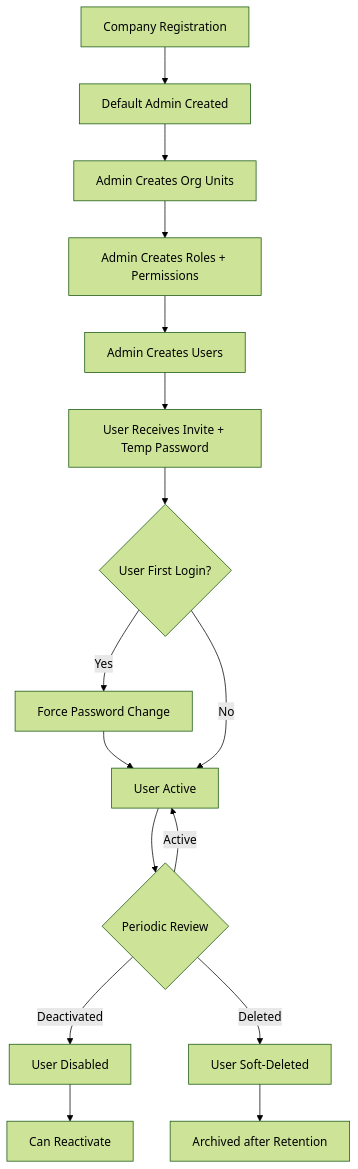
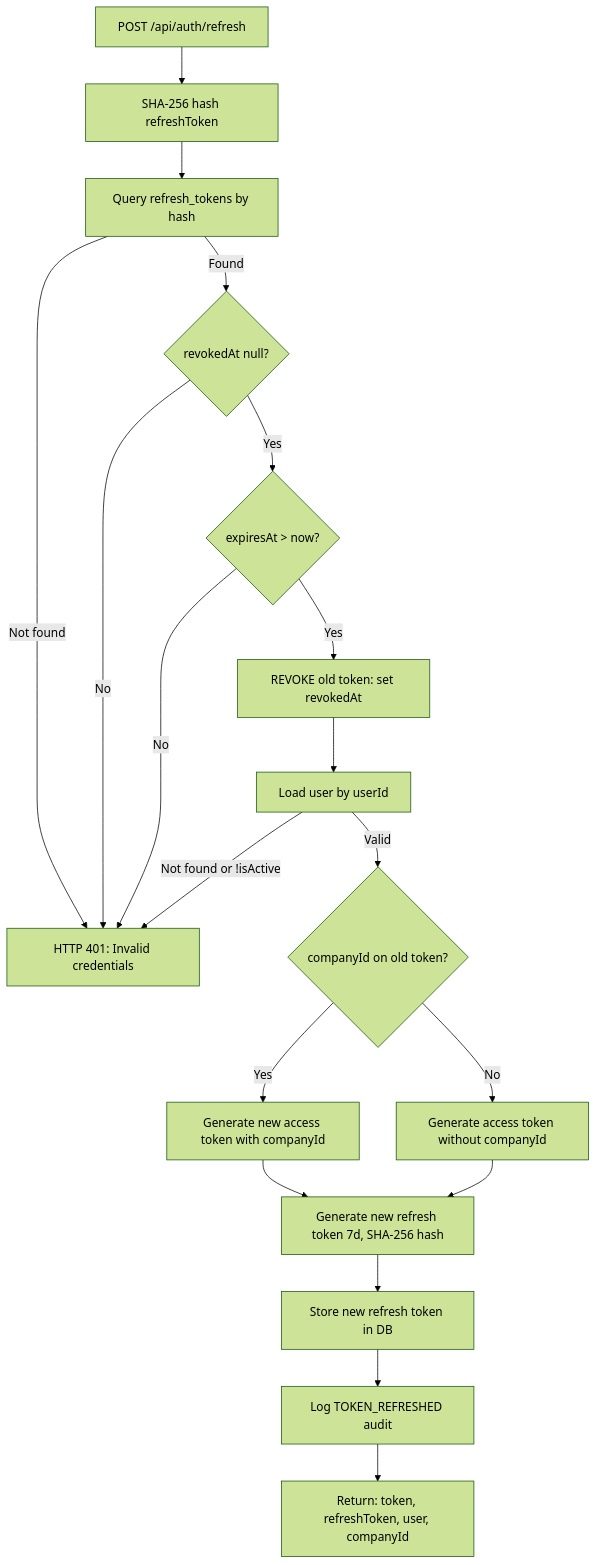
The third of 9 diagrams in docs/brd/03-workflows.md (vqton/sme_acct), drawn with Mermaid (forest theme) before and after one commit. The commit also changed other lines of this file and 13 other files, not shown here.

````diff
--- a/docs/brd/03-workflows.md
+++ b/docs/brd/03-workflows.md
@@ -7,18 +87,21 @@
 ```mermaid
 graph TD
-    A[Company Registration] --> B[Default Admin Created]
-    B --> C[Admin Creates Org Units]
-    C --> D[Admin Creates Roles + Permissions]
-    D --> E[Admin Creates Users]
-    E --> F[User Receives Invite + Temp Password]
-    F --> G{User First Login?}
-    G -->|Yes| H[Force Password Change]
-    H --> I[User Active]
-    G -->|No| I
-    I --> J{Periodic Review}
-    J -->|Active| I
-    J -->|Deactivated| K[User Disabled]
-    J -->|Deleted| L[User Soft-Deleted]
-    K --> M[Can Reactivate]
-    L --> N[Archived after Retention]
+    A[POST /api/auth/refresh] --> B[SHA-256 hash refreshToken]
+    B --> C[Query refresh_tokens by hash]
+    C -->|Not found| D[HTTP 401: Invalid credentials]
+    C -->|Found| E{revokedAt null?}
+    E -->|No| D
+    E -->|Yes| F{expiresAt > now?}
+    F -->|No| D
+    F -->|Yes| G[REVOKE old token: set revokedAt]
+    G --> H[Load user by userId]
+    H -->|Not found or !isActive| D
+    H -->|Valid| I{companyId on old token?}
+    I -->|Yes| J[Generate new access token with companyId]
+    I -->|No| K[Generate access token without companyId]
+    J --> L[Generate new refresh token 7d, SHA-256 hash]
+    K --> L
+    L --> M[Store new refresh token in DB]
+    M --> N[Log TOKEN_REFRESHED audit]
+    N --> O[Return: token, refreshToken, user, companyId]
 ```
````
